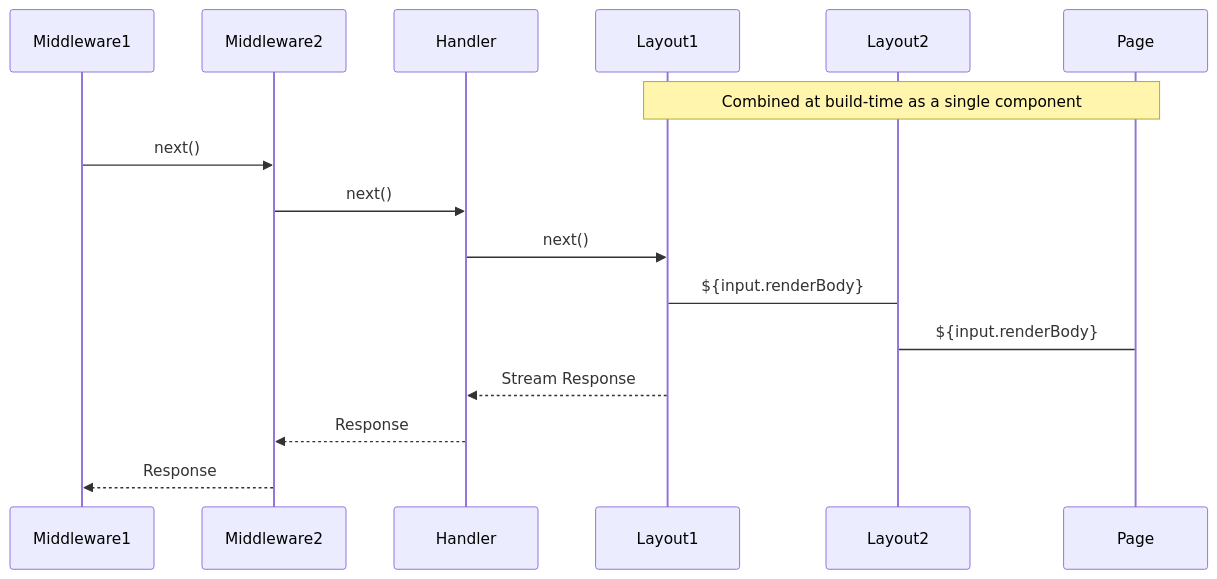
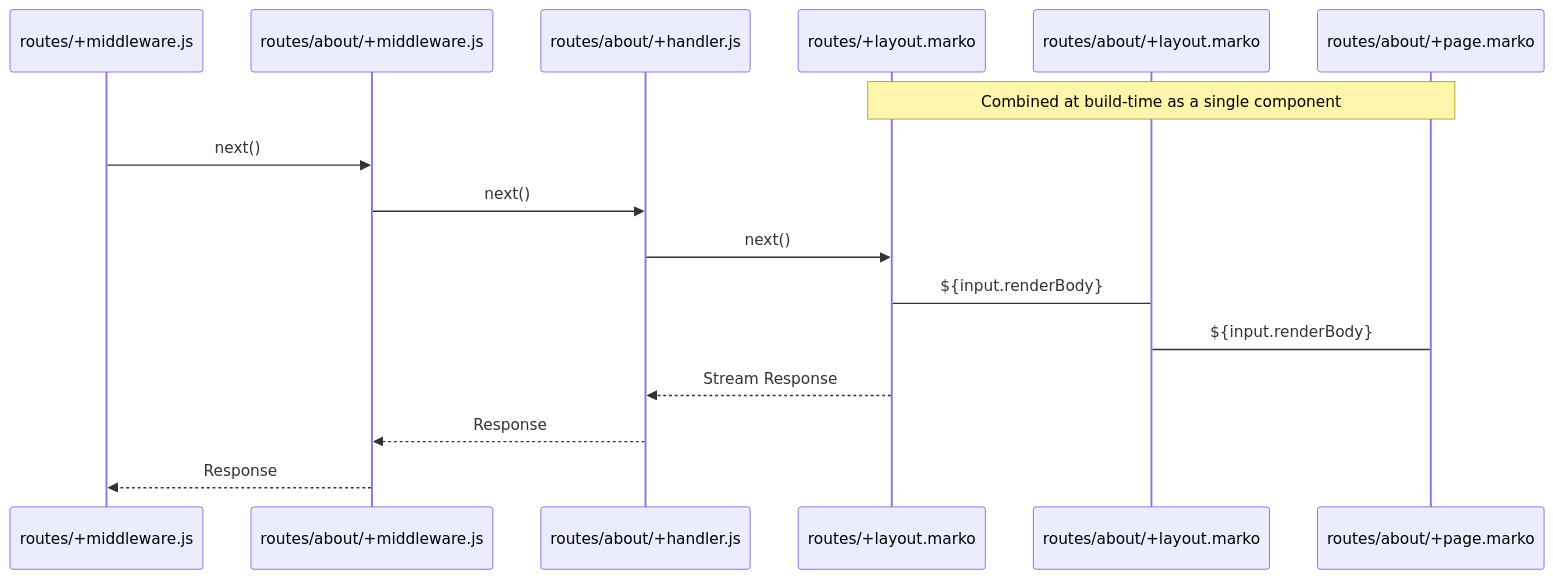
The diagram in packages/run/README.md (marko-js/run), drawn with Mermaid before and after one commit. The commit also changed other lines of this file and 7 other files, not shown here.

````diff
--- a/packages/run/README.md
+++ b/packages/run/README.md
@@ -283,18 +405,18 @@
 ```mermaid
 sequenceDiagram
-    participant Middleware1
-    participant Middleware2
-    participant Handler
-    participant Layout1
-    participant Layout2
-    participant Page
-    Note over Layout1,Page: Combined at build-time as a single component
-    Middleware1->>Middleware2: next()
-    Middleware2->>Handler: next()
-    Handler->>Layout1: next()
-    Layout1->Layout2: ${input.renderBody}
-    Layout2->Page: ${input.renderBody}
-    Layout1-->>Handler: Stream Response
-    Handler-->>Middleware2: Response
-    Middleware2-->>Middleware1: Response
+    participant MW1 as routes/+middleware.js
+    participant MW2 as routes/about/+middleware.js
+    participant H as routes/about/+handler.js
+    participant L1 as routes/+layout.marko
+    participant L2 as routes/about/+layout.marko
+    participant P as routes/about/+page.marko
+    Note over L1,P: Combined at build-time as a single component
+    MW1->>MW2: next()
+    MW2->>H: next()
+    H->>L1: next()
+    L1->L2: ${input.renderBody}
+    L2->P: ${input.renderBody}
+    L1-->>H: Stream Response
+    H-->>MW2: Response
+    MW2-->>MW1: Response
 ```
````
